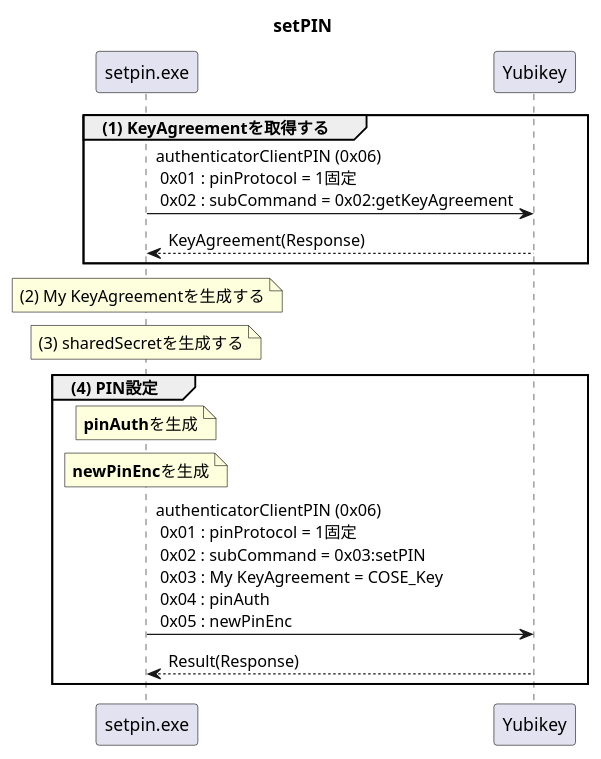
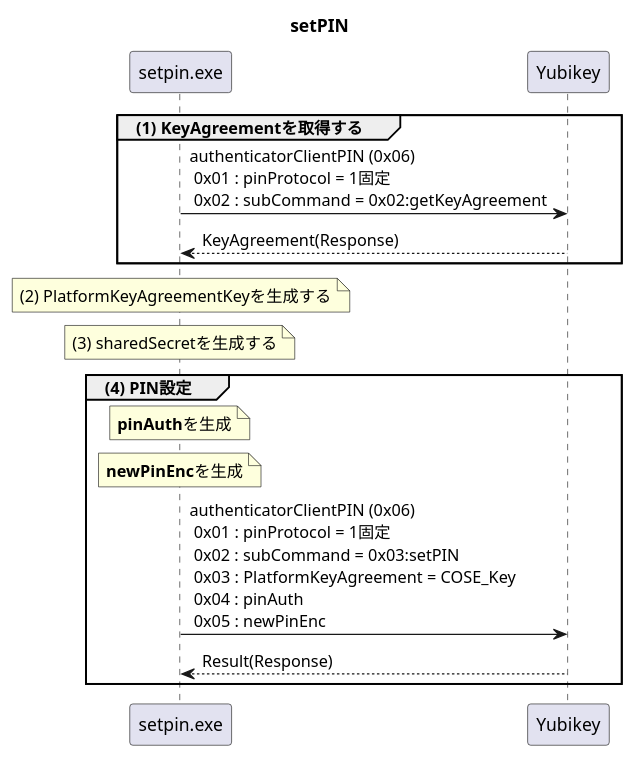
One commit to gebogebogebo/libfido2 changed the diagram in pu/setpin.pu. Above: the diagram before and after it, drawn with PlantUML. The commit also changed 1 other file, not shown here.

```diff
--- a/pu/setpin.pu
+++ b/pu/setpin.pu
@@ -1,25 +1,25 @@
 @startuml
 title setPIN
 'hide footbox
 
 participant "setpin.exe" as exe
 participant "Yubikey" as Yubikey
 
 group (1) KeyAgreementを取得する
     Yubikey <- exe : authenticatorClientPIN (0x06)\n 0x01 : pinProtocol = 1固定\n 0x02 : subCommand = 0x02:getKeyAgreement
     Yubikey --> exe : KeyAgreement(Response)
 end
 
-note over exe:(2) My KeyAgreementを生成する
+note over exe:(2) PlatformKeyAgreementKeyを生成する
 
 note over exe:(3) sharedSecretを生成する
 
 group (4) PIN設定
     note over exe:**pinAuth**を生成
     note over exe:**newPinEnc**を生成
 
-    Yubikey <- exe : authenticatorClientPIN (0x06)\n 0x01 : pinProtocol = 1固定\n 0x02 : subCommand = 0x03:setPIN\n 0x03 : My KeyAgreement = COSE_Key\n 0x04 : pinAuth\n 0x05 : newPinEnc
+    Yubikey <- exe : authenticatorClientPIN (0x06)\n 0x01 : pinProtocol = 1固定\n 0x02 : subCommand = 0x03:setPIN\n 0x03 : PlatformKeyAgreement = COSE_Key\n 0x04 : pinAuth\n 0x05 : newPinEnc
     Yubikey --> exe : Result(Response)
 end
 
 @enduml
```
